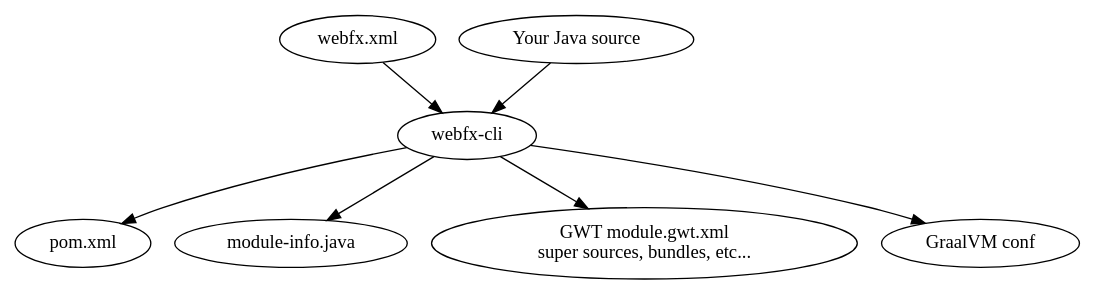
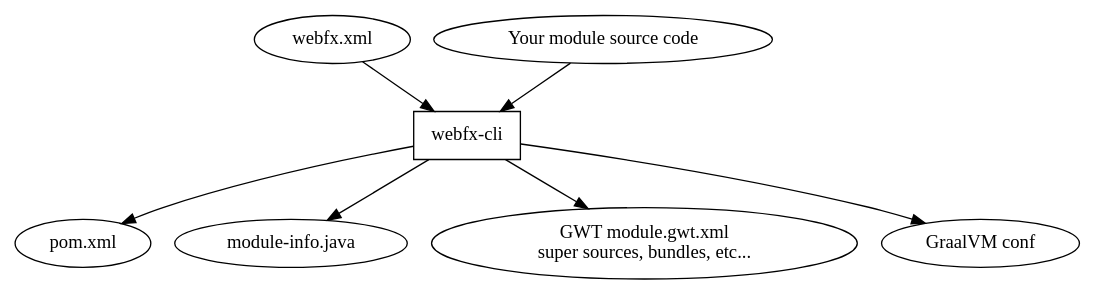
The second of 3 diagrams in src/main/asciidoc/WebFX.adoc (webfx-project/webfx-docs), drawn with Graphviz before and after one commit. The commit also changed other lines of this file, not shown here.

```diff
--- a/src/main/asciidoc/WebFX.adoc
+++ b/src/main/asciidoc/WebFX.adoc
@@ -31,12 +53,13 @@
-[graphviz, webfx-cli, svg]
+[graphviz, format=svg, opts="inline"]
 ----
-digraph g {
+digraph {
+    "webfx-cli" [shape=rectangle];
     "webfx.xml" -> "webfx-cli"
-    "Your Java source" -> "webfx-cli"
+    "Your module source code" -> "webfx-cli"
     "webfx-cli" -> "pom.xml"
     "webfx-cli" -> "module-info.java"
     "webfx-cli" -> "GWT module.gwt.xml
 super sources, bundles, etc..."
     "webfx-cli" -> "GraalVM conf"
 }
 ----
```
